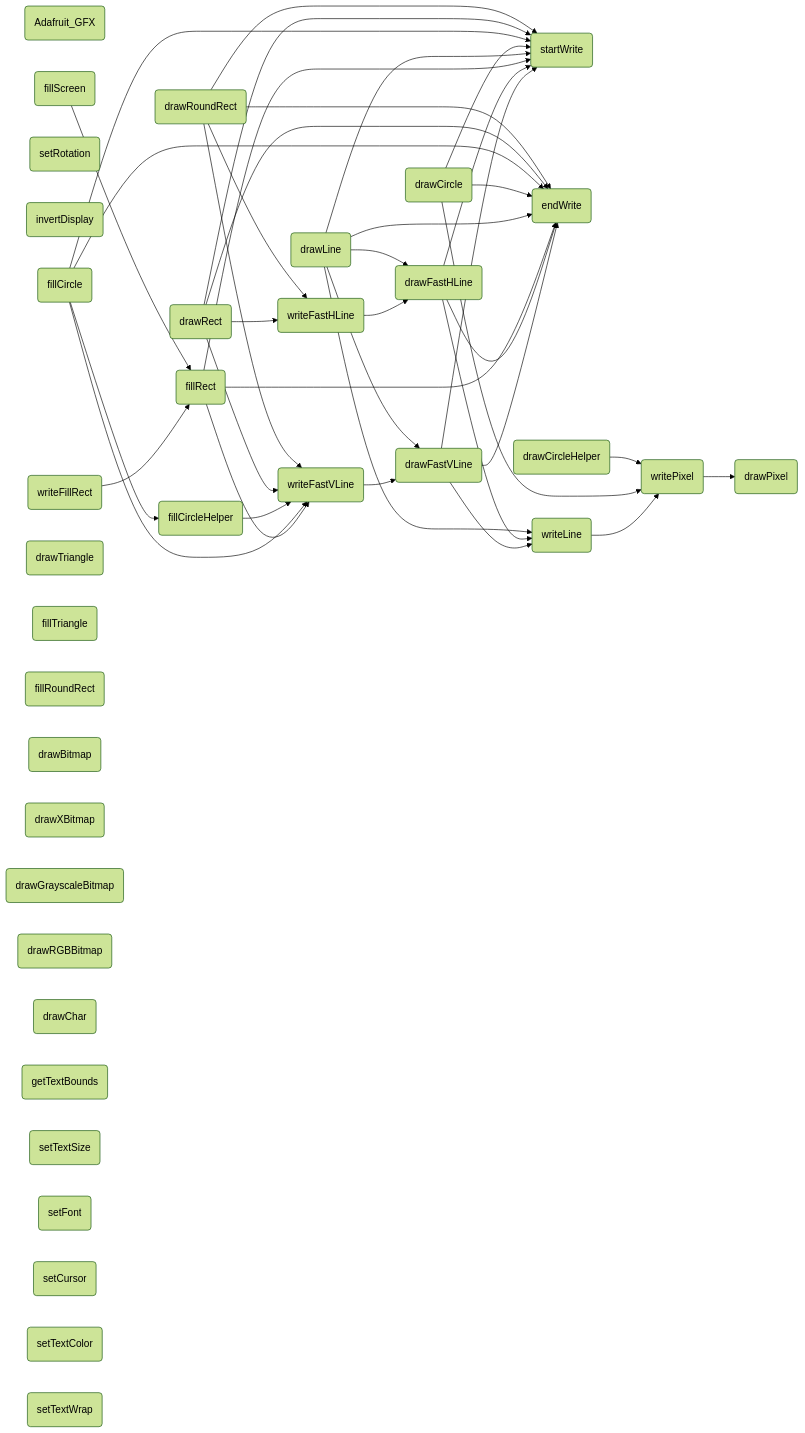
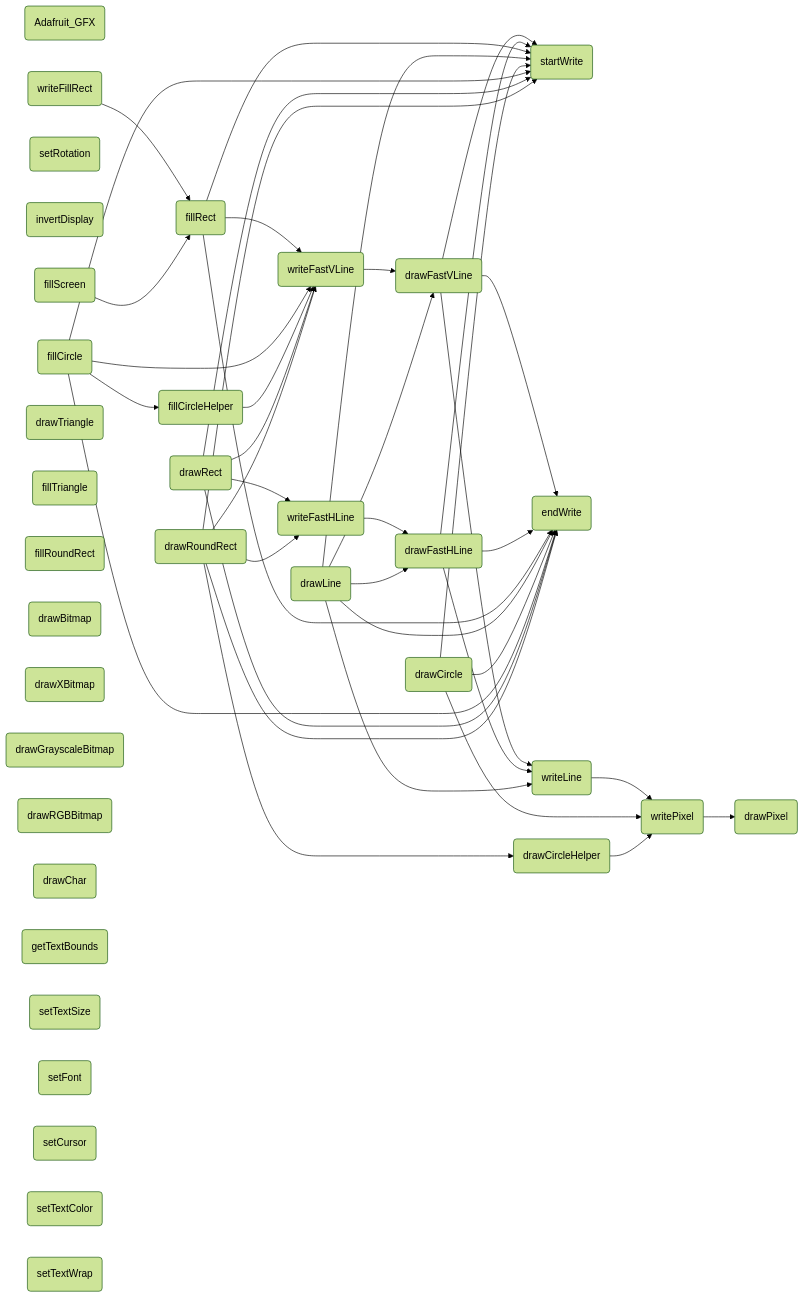
The diagram in all/未命名.md (icodezhanglei/iodraw-files), drawn with Mermaid (forest theme) before and after one commit.

Commit message:
2024-09-13 18:34:20 update

````diff
--- a/all/未命名.md
+++ b/all/未命名.md
@@ -1,61 +1,61 @@
 ```mermaid
 flowchart LR
 Adafruit_GF(Adafruit_GFX)
 drawPixel(drawPixel)
 startWrite(startWrite)
 endWrite(endWrite)
 writePixel(writePixel)
 writeFillRect(writeFillRect)
 writeFastVLine(writeFastVLine)
 writeFastHLine(writeFastHLine)
 writeLine(writeLine)
 setRotation(setRotation)
 invertDisplay(invertDisplay)
 drawFastVLine(drawFastVLine)
 drawFastHLine(drawFastHLine)
 fillRect(fillRect)
 fillScreen(fillScreen)
 drawLine(drawLine)
 drawRect(drawRect)
 drawCircle(drawCircle)
 drawCircleHelper(drawCircleHelper)
 fillCircle(fillCircle)
 fillCircleHelper(fillCircleHelper)
 drawTriangle(drawTriangle)
 fillTriangle(fillTriangle)
 drawRoundRect(drawRoundRect)
 fillRoundRect(fillRoundRect)
 drawBitmap(drawBitmap)
 drawXBitmap(drawXBitmap)
 drawGrayscaleBitmap(drawGrayscaleBitmap)
 drawRGBBitmap(drawRGBBitmap)
 drawChar(drawChar)
 getTextBounds(getTextBounds)
 setTextSize(setTextSize)
 setFont(setFont)
 setCursor(setCursor)
 setTextColor(setTextColor)
 setTextWrap(setTextWrap)
 
 writeLine --> writePixel --> drawPixel
 
 writeFastVLine --> drawFastVLine --> startWrite & endWrite
 drawFastVLine --> writeLine
 
 writeFastHLine --> drawFastHLine --> startWrite & endWrite
 drawFastHLine --> writeLine
 
 writeFillRect --> fillRect --> writeFastVLine & startWrite & endWrite
 
 fillScreen --> fillRect
 drawLine --> drawFastVLine & drawFastHLine & startWrite & endWrite & writeLine
 drawCircle --> startWrite & endWrite & writePixel
 drawCircleHelper --> writePixel
 fillCircle --> startWrite & endWrite & writeFastVLine & fillCircleHelper
 fillCircleHelper --> writeFastVLine
 drawRect --> startWrite & endWrite & writeFastHLine & writeFastVLine
-drawRoundRect --> startWrite & endWrite & writeFastHLine & writeFastVLine
+drawRoundRect --> startWrite & endWrite & writeFastHLine & writeFastVLine & drawCircleHelper
 
 
 
 ```
````
